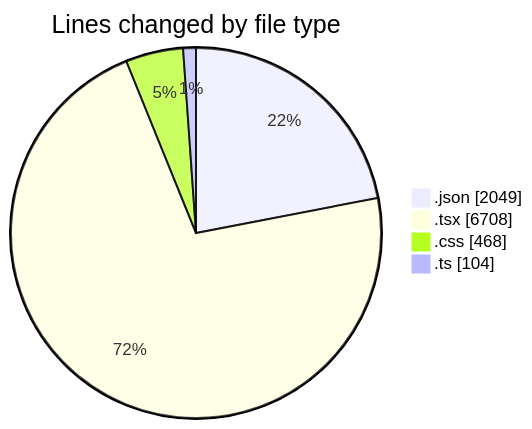
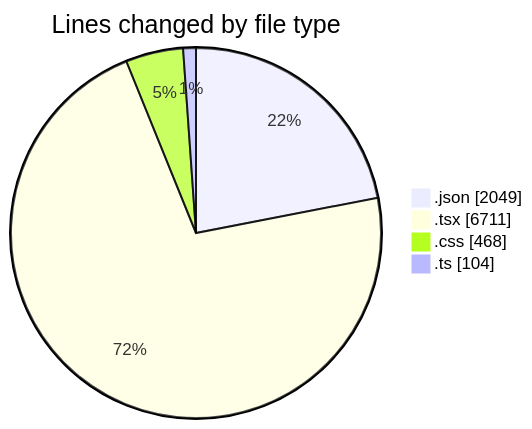
Before and after one commit to EIIisD/code-tracking: the first of 2 diagrams in 2025-08-14/ribbon/README.md, drawn with Mermaid. The commit also changed other lines of this file and 1 other file, not shown here.

````diff
--- a/2025-08-14/ribbon/README.md
+++ b/2025-08-14/ribbon/README.md
@@ -29,8 +29,8 @@
 ```mermaid
 pie showData
 title Lines changed by file type
 ".json" : 2049
-".tsx" : 6708
+".tsx" : 6711
 ".css" : 468
 ".ts" : 104
 ```
````
